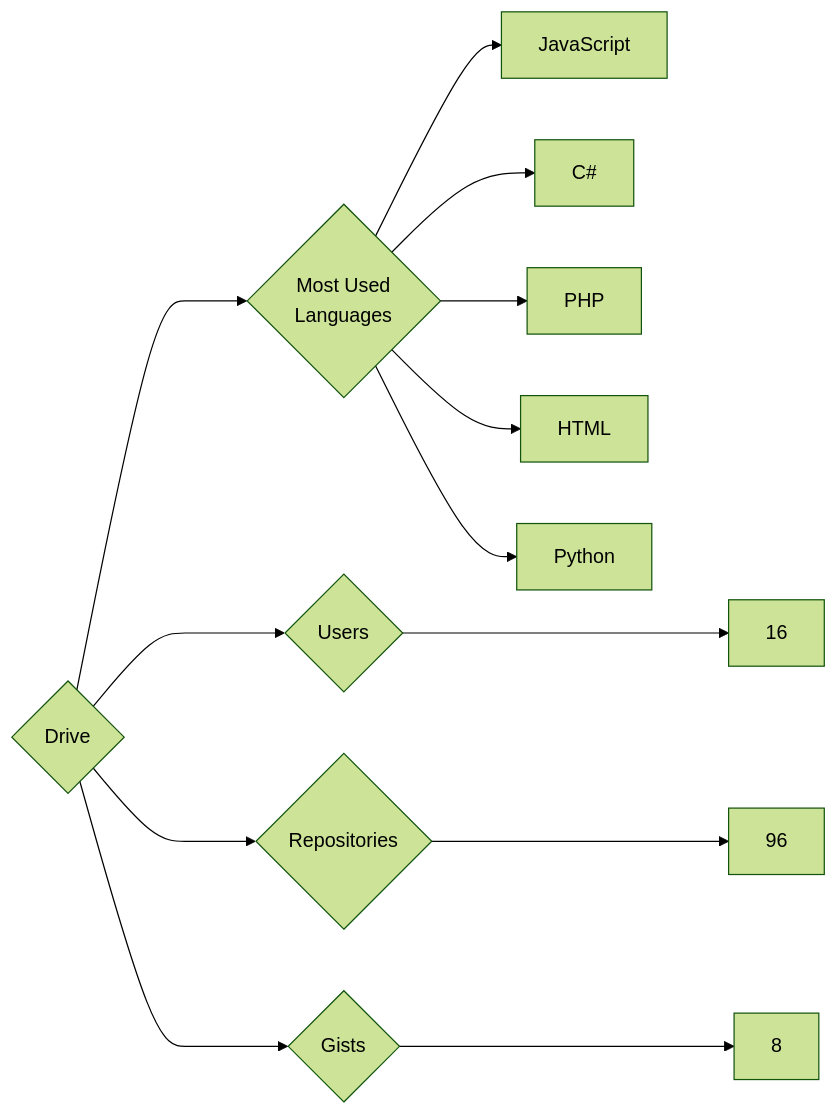
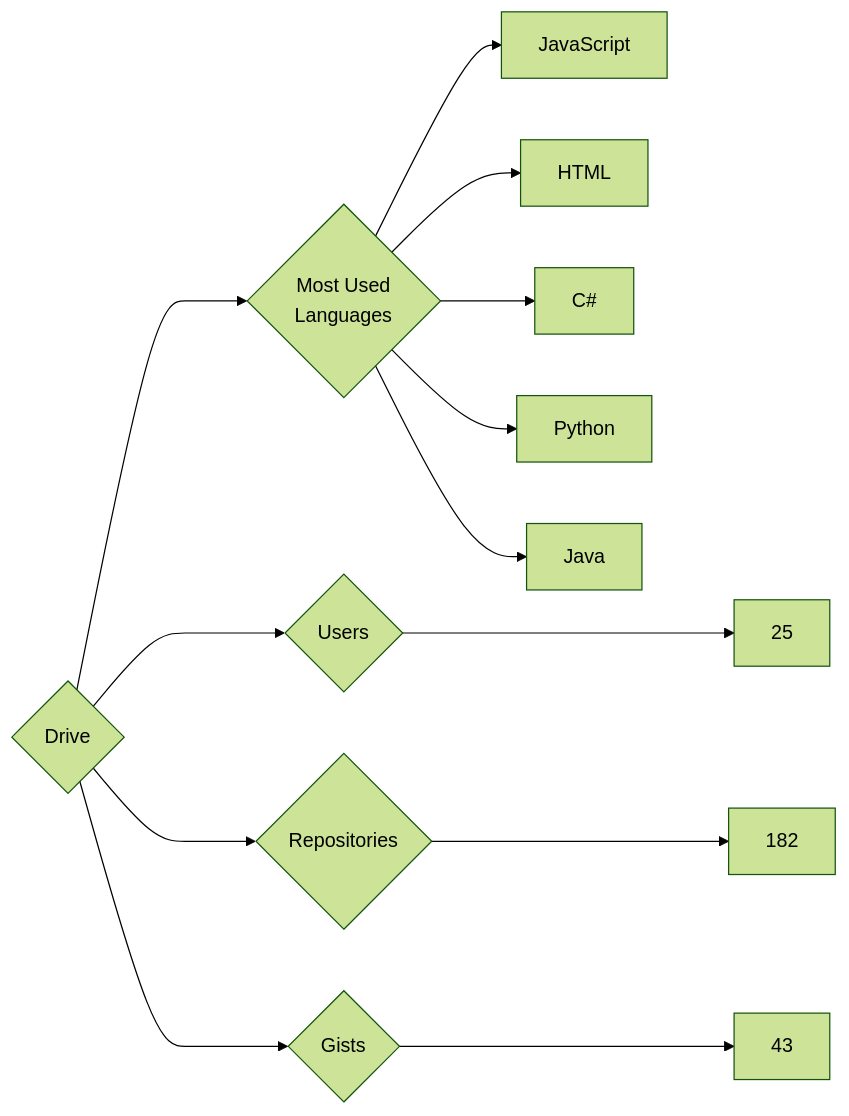
The diagram in targets/Drive/README.md (trickest/insiders), drawn with Mermaid (forest theme) before and after one commit. The commit also changed 912 other files, not shown here.

````diff
--- a/targets/Drive/README.md
+++ b/targets/Drive/README.md
@@ -3,13 +3,13 @@
 ```mermaid
 graph LR
 COMPANY_NAME{Drive}
-COMPANY_NAME ---> U{Users} ---> UN[16]
-COMPANY_NAME ---> R{Repositories} ---> RN[96]
-COMPANY_NAME ---> G{Gists} ---> GN[8]
+COMPANY_NAME ---> U{Users} ---> UN[25]
+COMPANY_NAME ---> R{Repositories} ---> RN[182]
+COMPANY_NAME ---> G{Gists} ---> GN[43]
 COMPANY_NAME ---> ML{Most Used<br>Languages}
 ML --> JavaScript[JavaScript]
+ML --> HTML[HTML]
 ML --> C#[C#]
-ML --> PHP[PHP]
-ML --> HTML[HTML]
 ML --> Python[Python]
+ML --> Java[Java]
 ```
````
